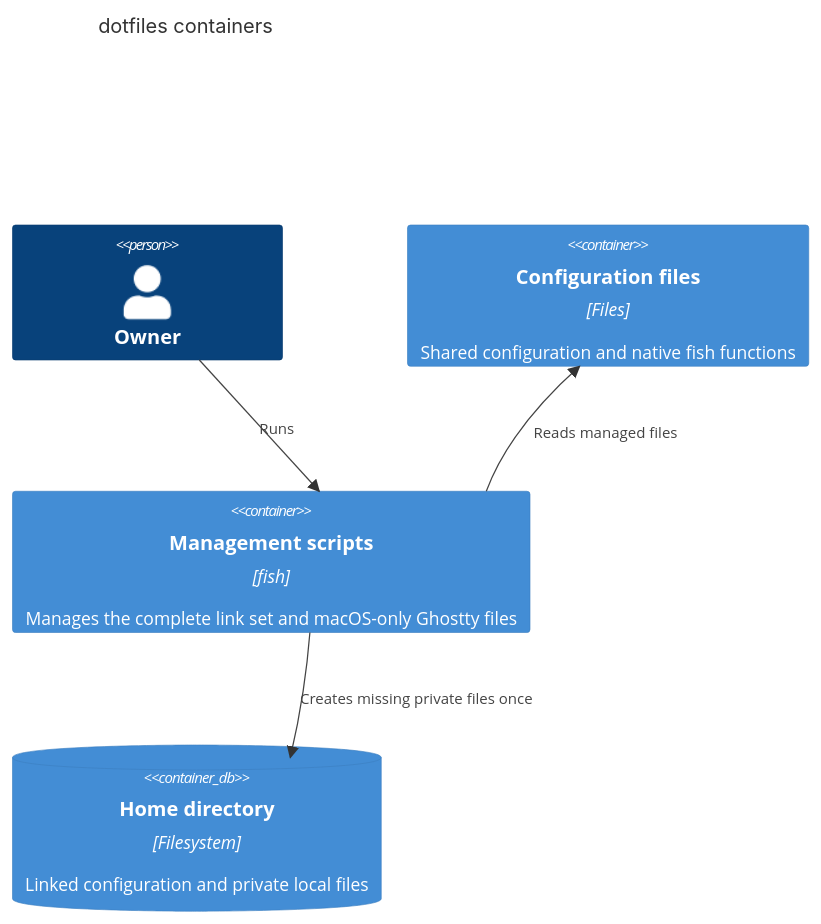
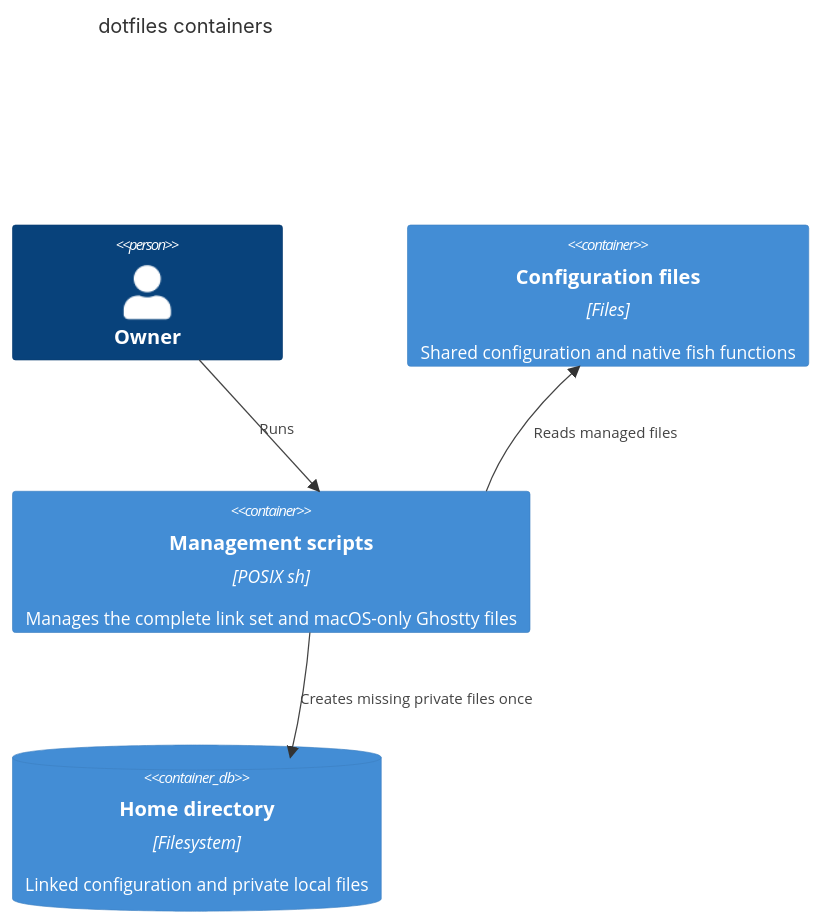
Before and after one commit to qi7876/dotfiles: the diagram in docs/architecture/container.md, drawn with Mermaid. The commit also changed 5 other files, not shown here.

First line of the commit message:
scripts: Convert management scripts to POSIX sh (#13)

````diff
--- a/docs/architecture/container.md
+++ b/docs/architecture/container.md
@@ -3,13 +3,13 @@
 ```mermaid
 C4Container
     title dotfiles containers
     Person(owner, "Owner")
     Container(repo, "Configuration files", "Files", "Shared configuration and native fish functions")
-    Container(scripts, "Management scripts", "fish", "Manages the complete link set and macOS-only Ghostty files")
+    Container(scripts, "Management scripts", "POSIX sh", "Manages the complete link set and macOS-only Ghostty files")
     ContainerDb(home, "Home directory", "Filesystem", "Linked configuration and private local files")
 
     Rel(owner, scripts, "Runs")
     Rel(scripts, repo, "Reads managed files")
     Rel(scripts, home, "Creates directories and file links")
     Rel(scripts, home, "Creates missing private files once")
 ```
````
